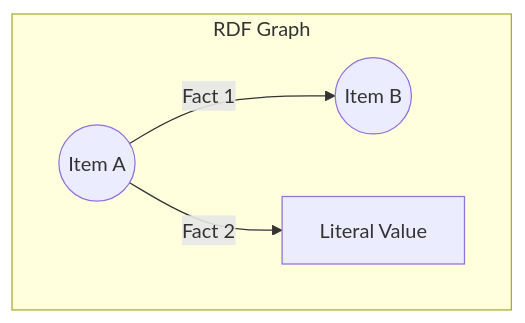
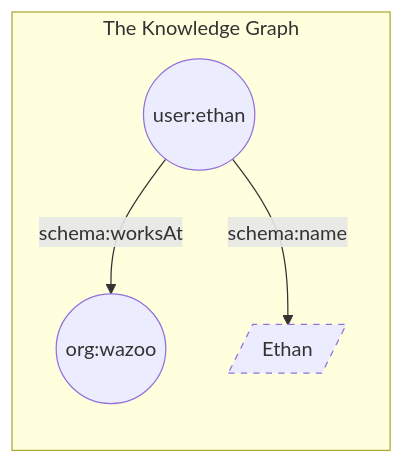
Before and after one commit to wazootech/worlds: the second of 2 diagrams in packages/docs/worlds/index.mdx, drawn with Mermaid. The commit also changed other lines of this file and 3 other files, not shown here.

````diff
--- a/packages/docs/worlds/index.mdx
+++ b/packages/docs/worlds/index.mdx
@@ -63,8 +64,8 @@
 ```mermaid
 graph LR
-  subgraph "RDF Graph"
-    direction LR
-    A((Item A)) -->|Fact 1| B((Item B))
-    A -->|Fact 2| C["Literal Value"]
-  end
+    subgraph "The Knowledge Graph"
+    A((user:ethan)) -->|schema:worksAt| B((org:wazoo))
+    A -->|schema:name| C[/"Ethan"/]
+    end
+    style C stroke-dasharray: 5 5
 ```
````
